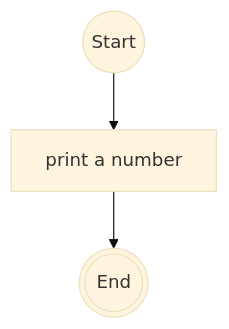
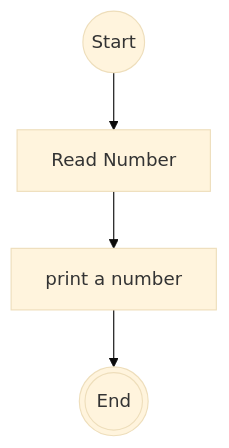
Before and after one commit to dtharnoju/algorithms: the diagram in PrintNumber.md, drawn with Mermaid (base theme).

Commit message:
md file updated

````diff
--- a/PrintNumber.md
+++ b/PrintNumber.md
@@ -5,10 +5,11 @@
 ```mermaid
 flowchart TD
 Step1((Start))
-Step2[print a number]
-Step3(((End)))
+Step2[Read Number]
+Step3[print a number]
+Step4(((End)))
 
 Step1-->Step2
 Step2-->Step3
-
+Step3-->Step4
 ```
````
